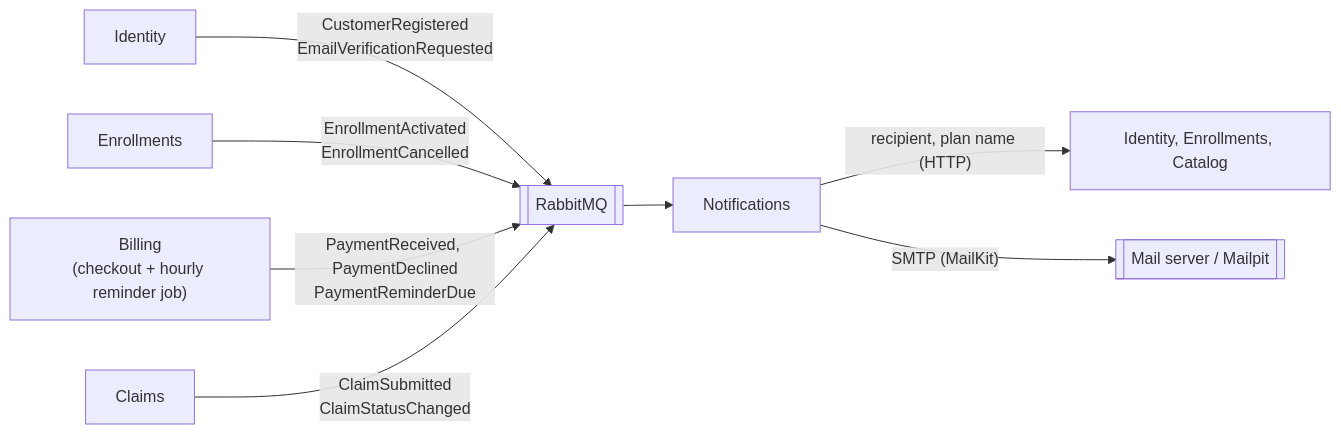
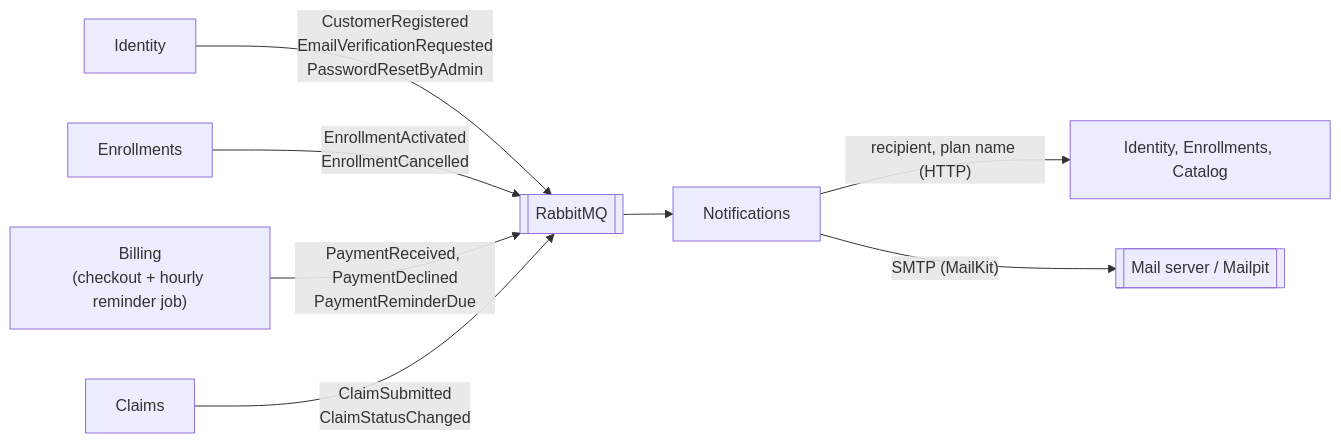
One commit to organizedanvrchy/Insurance-Full-Stack-App-MSA changed the third of 3 diagrams in README.md. Above: the diagram before and after it, drawn with Mermaid. The commit also changed other lines of this file and 59 other files, not shown here.

First line of the commit message:
Admin customer pop-up, one-time password resets and profile pop-ups

````diff
--- a/README.md
+++ b/README.md
@@ -417,10 +422,10 @@
 ```mermaid
 flowchart LR
-    ID["Identity"] -- "CustomerRegistered<br/>EmailVerificationRequested" --> BUS[["RabbitMQ"]]
+    ID["Identity"] -- "CustomerRegistered<br/>EmailVerificationRequested<br/>PasswordResetByAdmin" --> BUS[["RabbitMQ"]]
     EN["Enrollments"] -- "EnrollmentActivated<br/>EnrollmentCancelled" --> BUS
     BI["Billing<br/>(checkout + hourly reminder job)"] -- "PaymentReceived, PaymentDeclined<br/>PaymentReminderDue" --> BUS
     CL["Claims"] -- "ClaimSubmitted<br/>ClaimStatusChanged" --> BUS
     BUS --> NO["Notifications"]
     NO -- "recipient, plan name (HTTP)" --> LOOK["Identity, Enrollments, Catalog"]
     NO -- "SMTP (MailKit)" --> MAIL[["Mail server / Mailpit"]]
 ```
````
